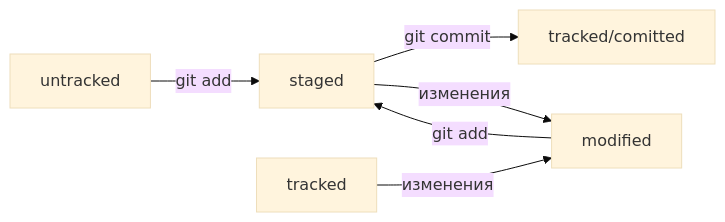
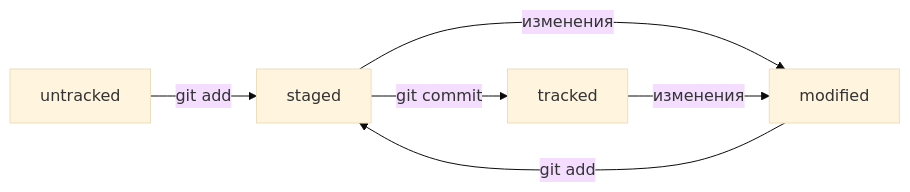
Before and after one commit to phantom-333/git-help: the diagram in README.md, drawn with Mermaid (base theme). The commit also changed other lines of this file, not shown here.

Commit message:
Дополнить информацию про git status

````diff
--- a/README.md
+++ b/README.md
@@ -80,9 +80,9 @@
 ```mermaid
 %% Статусы файлов:
 graph LR;
   untracked -- "git add"       --> staged;
-  staged    -- "git commit"    --> tracked/comitted;
+  staged    -- "git commit"    --> tracked;
   staged    -- "изменения"     --> modified;
   tracked   -- "изменения"     --> modified;
   modified  -- "git add"       --> staged;
 ```
````
